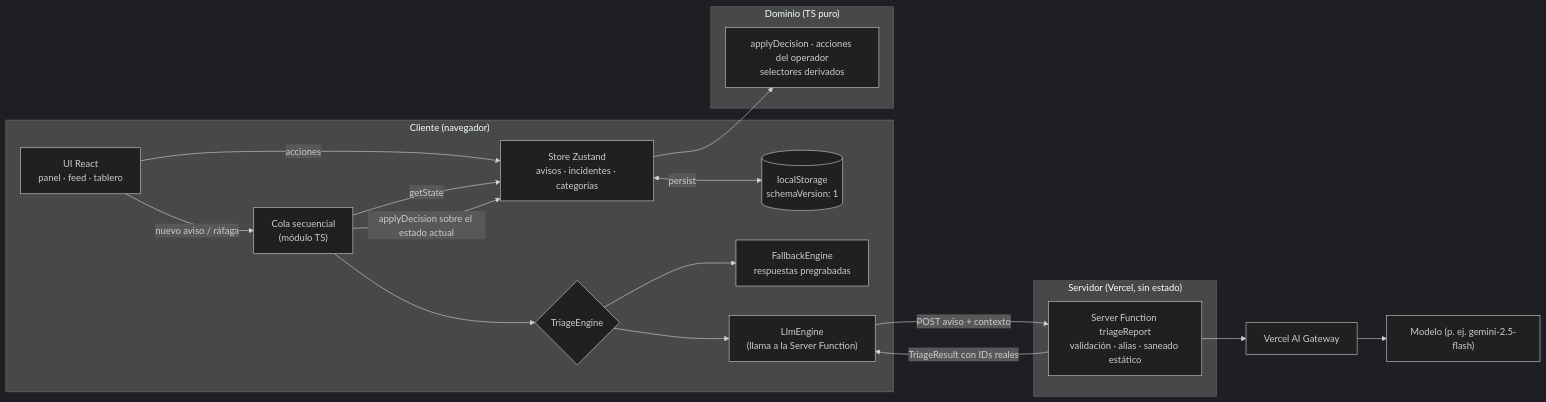
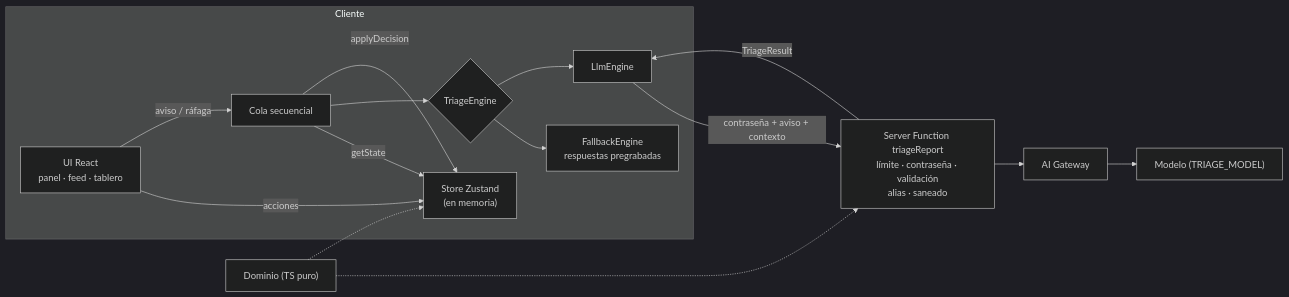
One commit to miguelpuchalt/fusuma-test changed the first of 2 diagrams in docs/designs/emergency_triage.md. Above: the diagram before and after it, drawn with Mermaid (dark theme). The commit also changed other lines of this file and 3 other files, not shown here.

````diff
--- a/docs/designs/emergency_triage.md
+++ b/docs/designs/emergency_triage.md
@@ -263,32 +214,17 @@
 ```mermaid
 flowchart LR
-  subgraph Cliente["Cliente (navegador)"]
-    UI["UI React<br/>panel · feed · tablero"]
-    Store["Store Zustand<br/>avisos · incidentes · categorías"]
-    LS[("localStorage<br/>schemaVersion: 1")]
-    Queue["Cola secuencial<br/>(módulo TS)"]
-    Engines{"TriageEngine"}
-    Fallback["FallbackEngine<br/>respuestas pregrabadas"]
-    LlmClient["LlmEngine<br/>(llama a la Server Function)"]
+  subgraph Cliente
+    UI["UI React<br/>panel · feed · tablero"] -->|acciones| Store["Store Zustand<br/>(en memoria)"]
+    UI -->|aviso / ráfaga| Queue["Cola secuencial"]
+    Queue -->|getState| Store
+    Queue --> Engine{"TriageEngine"}
+    Engine --> Fallback["FallbackEngine<br/>respuestas pregrabadas"]
+    Engine --> Llm["LlmEngine"]
+    Queue -->|applyDecision| Store
   end
-  subgraph Dominio["Dominio (TS puro)"]
-    Apply["applyDecision · acciones del operador<br/>selectores derivados"]
-  end
-  subgraph Servidor["Servidor (Vercel, sin estado)"]
-    SF["Server Function triageReport<br/>validación · alias · saneado estático"]
-  end
-  GW["Vercel AI Gateway"] --> LLM["Modelo (p. ej. gemini-2.5-flash)"]
-
-  UI -->|acciones| Store
-  Store <-->|persist| LS
-  UI -->|nuevo aviso / ráfaga| Queue
-  Queue -->|getState| Store
-  Queue --> Engines
-  Engines --> Fallback
-  Engines --> LlmClient
-  LlmClient -->|POST aviso + contexto| SF
-  SF --> GW
-  SF -->|TriageResult con IDs reales| LlmClient
-  Queue -->|applyDecision sobre el estado actual| Store
-  Store --> Apply
+  Llm -->|contraseña + aviso + contexto| SF["Server Function triageReport<br/>límite · contraseña · validación<br/>alias · saneado"]
+  SF --> GW["AI Gateway"] --> M["Modelo (TRIAGE_MODEL)"]
+  SF -->|TriageResult| Llm
+  Dom["Dominio (TS puro)"] -.-> Store
+  Dom -.-> SF
 ```
````
